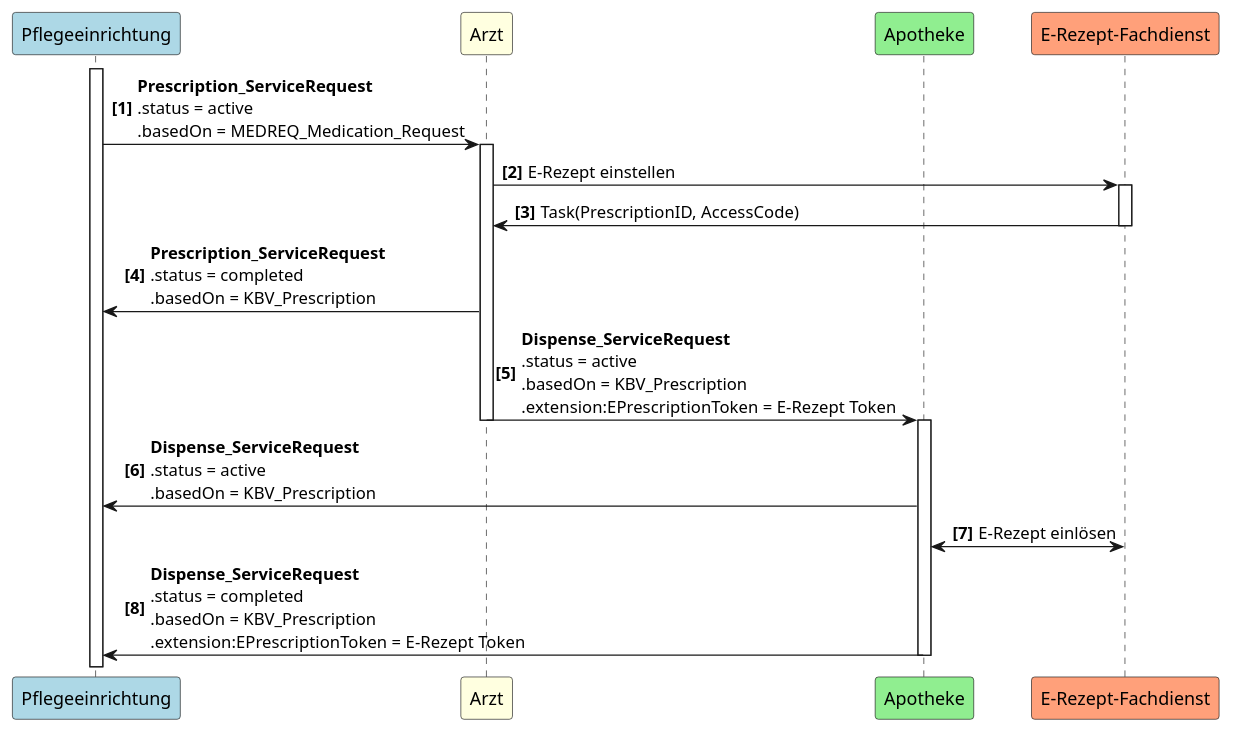
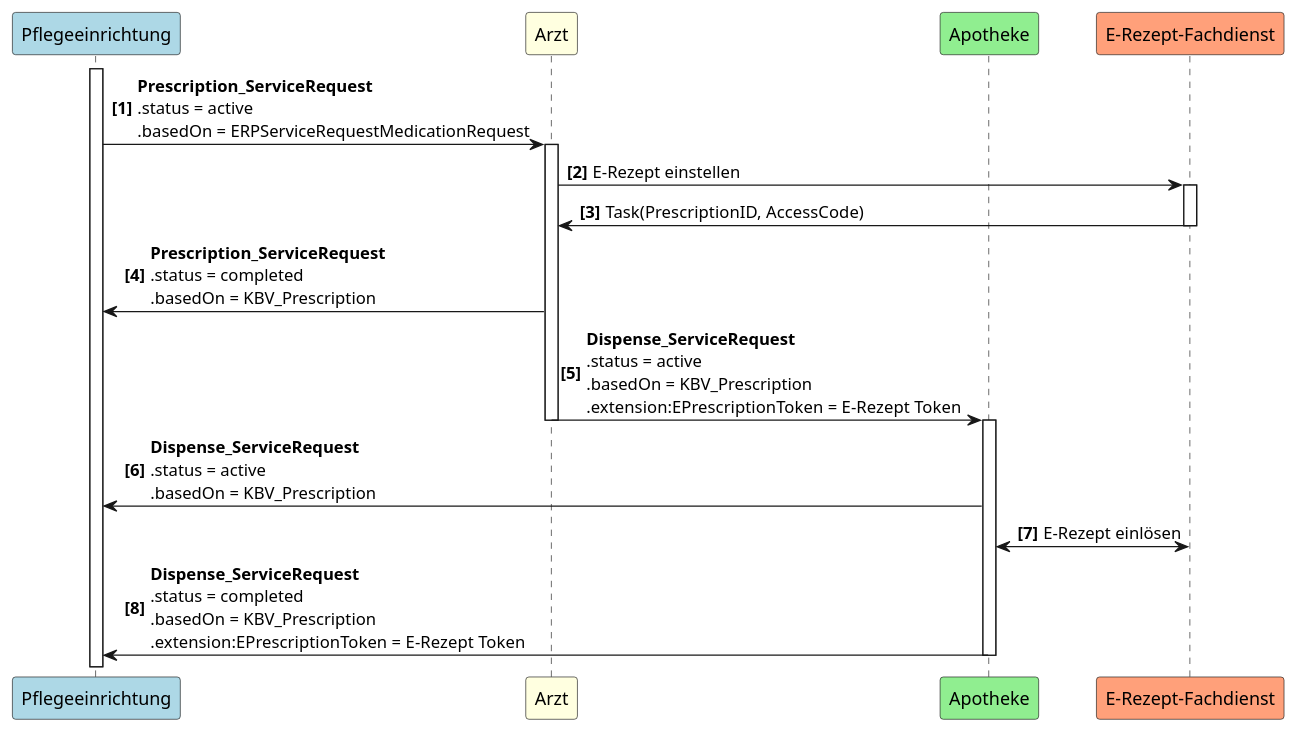
The diagram in Resources/puml/UC2.puml (gematik/spec-E-Rezept-ServiceRequest), drawn with PlantUML before and after one commit. The commit also changed 9 other files, not shown here.

```diff
--- a/Resources/puml/UC2.puml
+++ b/Resources/puml/UC2.puml
@@ -1,17 +1,17 @@
 @startuml UC2
 autonumber "<b>[0]"
 participant Pflegeeinrichtung as PE #LightBlue
 participant Arzt as A #LightYellow
 participant Apotheke as AP #LightGreen
 participant "E-Rezept-Fachdienst" as FD #LightSalmon
 
 activate PE
-PE -> A++: <b>Prescription_ServiceRequest \n.status = active \n.basedOn = MEDREQ_Medication_Request
+PE -> A++: <b>Prescription_ServiceRequest \n.status = active \n.basedOn = ERPServiceRequestMedicationRequest
 A -> FD++: E-Rezept einstellen
 FD -> A--: Task(PrescriptionID, AccessCode)
 A -> PE: <b>Prescription_ServiceRequest \n.status = completed \n.basedOn = KBV_Prescription
 A -> AP--++: <b>Dispense_ServiceRequest \n.status = active \n.basedOn = KBV_Prescription \n.extension:EPrescriptionToken = E-Rezept Token
 AP -> PE: <b>Dispense_ServiceRequest \n.status = active \n.basedOn = KBV_Prescription
 AP <-> FD: E-Rezept einlösen
 AP -> PE--: <b>Dispense_ServiceRequest \n.status = completed \n.basedOn = KBV_Prescription \n.extension:EPrescriptionToken = E-Rezept Token
 @enduml
```
